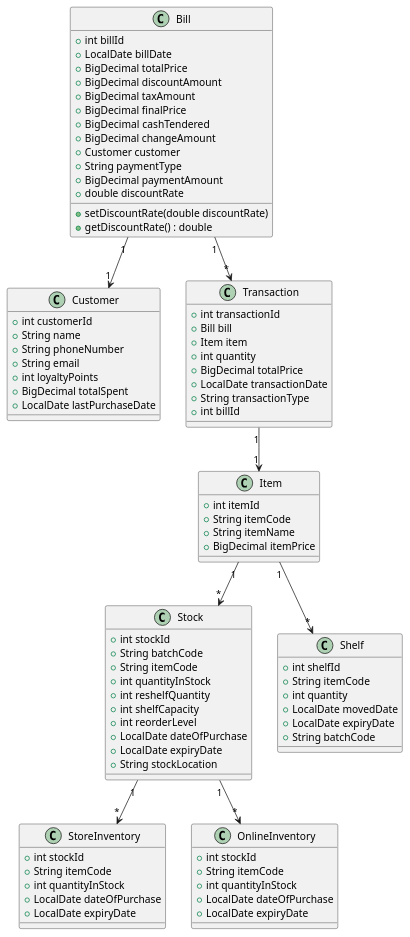
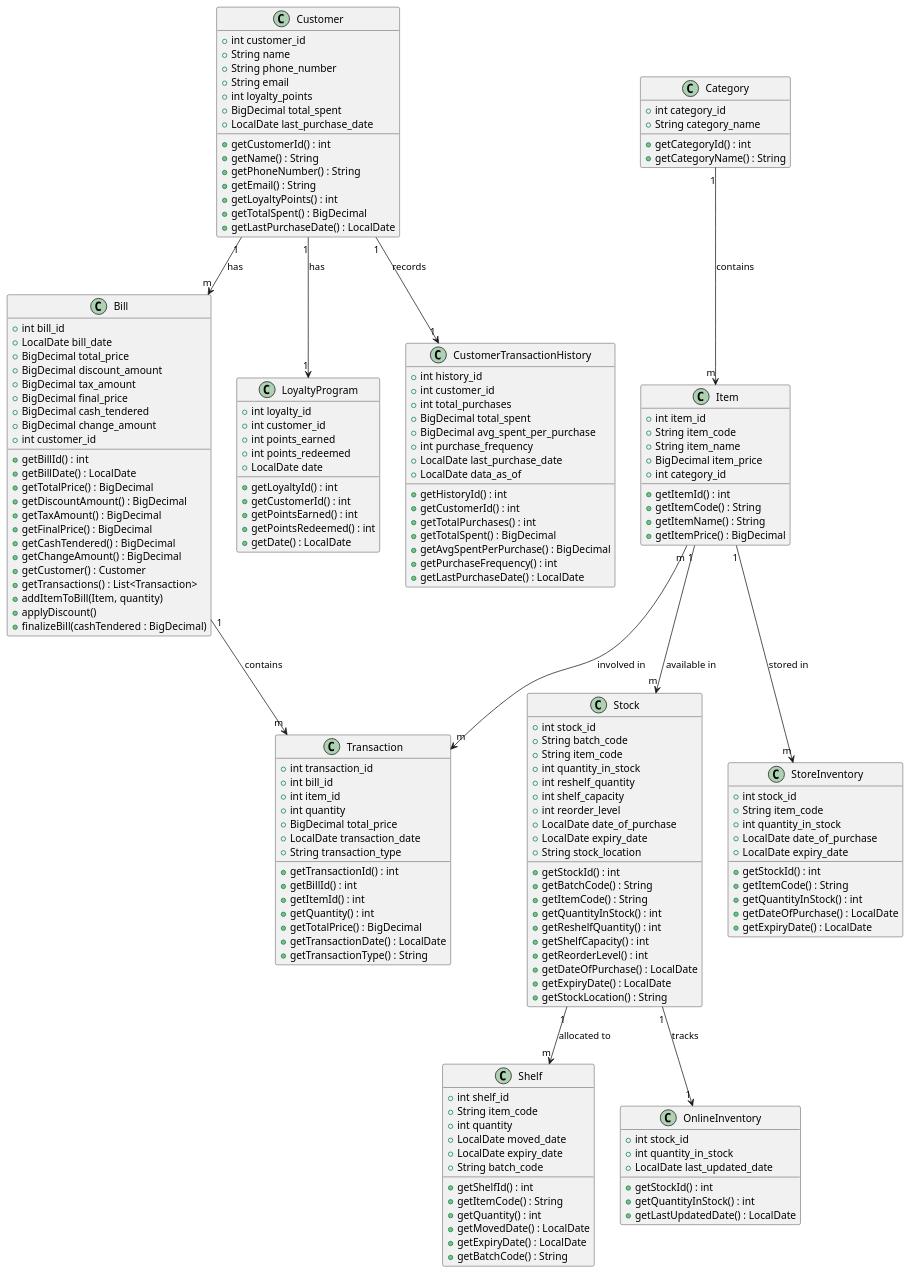
One commit to LaXnZ/syos-pos changed the diagram in src/main/java/diagrams/Class Diagram.puml. Above: the diagram before and after it, drawn with PlantUML. The commit also changed 10 other files, not shown here.

```diff
--- a/src/main/java/diagrams/Class Diagram.puml
+++ b/src/main/java/diagrams/Class Diagram.puml
@@ -1,93 +1,194 @@
 @startuml
-class Bill {
-    +int billId
-    +LocalDate billDate
-    +BigDecimal totalPrice
-    +BigDecimal discountAmount
-    +BigDecimal taxAmount
-    +BigDecimal finalPrice
-    +BigDecimal cashTendered
-    +BigDecimal changeAmount
-    +Customer customer
-    +String paymentType
-    +BigDecimal paymentAmount
-    +double discountRate
-    +setDiscountRate(double discountRate)
-    +getDiscountRate() : double
+
+class Customer {
+    +int customer_id
+    +String name
+    +String phone_number
+    +String email
+    +int loyalty_points
+    +BigDecimal total_spent
+    +LocalDate last_purchase_date
+
+    +getCustomerId() : int
+    +getName() : String
+    +getPhoneNumber() : String
+    +getEmail() : String
+    +getLoyaltyPoints() : int
+    +getTotalSpent() : BigDecimal
+    +getLastPurchaseDate() : LocalDate
 }
 
-class Customer {
-    +int customerId
-    +String name
-    +String phoneNumber
-    +String email
-    +int loyaltyPoints
-    +BigDecimal totalSpent
-    +LocalDate lastPurchaseDate
+class Category {
+    +int category_id
+    +String category_name
+
+    +getCategoryId() : int
+    +getCategoryName() : String
 }
 
 class Item {
-    +int itemId
-    +String itemCode
-    +String itemName
-    +BigDecimal itemPrice
+    +int item_id
+    +String item_code
+    +String item_name
+    +BigDecimal item_price
+    +int category_id
+
+    +getItemId() : int
+    +getItemCode() : String
+    +getItemName() : String
+    +getItemPrice() : BigDecimal
+}
+
+class Bill {
+    +int bill_id
+    +LocalDate bill_date
+    +BigDecimal total_price
+    +BigDecimal discount_amount
+    +BigDecimal tax_amount
+    +BigDecimal final_price
+    +BigDecimal cash_tendered
+    +BigDecimal change_amount
+    +int customer_id
+
+    +getBillId() : int
+    +getBillDate() : LocalDate
+    +getTotalPrice() : BigDecimal
+    +getDiscountAmount() : BigDecimal
+    +getTaxAmount() : BigDecimal
+    +getFinalPrice() : BigDecimal
+    +getCashTendered() : BigDecimal
+    +getChangeAmount() : BigDecimal
+    +getCustomer() : Customer
+    +getTransactions() : List<Transaction>
+    +addItemToBill(Item, quantity)
+    +applyDiscount()
+    +finalizeBill(cashTendered : BigDecimal)
 }
 
 class Transaction {
-    +int transactionId
-    +Bill bill
-    +Item item
+    +int transaction_id
+    +int bill_id
+    +int item_id
     +int quantity
-    +BigDecimal totalPrice
-    +LocalDate transactionDate
-    +String transactionType
-    +int billId
+    +BigDecimal total_price
+    +LocalDate transaction_date
+    +String transaction_type
+
+    +getTransactionId() : int
+    +getBillId() : int
+    +getItemId() : int
+    +getQuantity() : int
+    +getTotalPrice() : BigDecimal
+    +getTransactionDate() : LocalDate
+    +getTransactionType() : String
+}
+
+class LoyaltyProgram {
+    +int loyalty_id
+    +int customer_id
+    +int points_earned
+    +int points_redeemed
+    +LocalDate date
+
+    +getLoyaltyId() : int
+    +getCustomerId() : int
+    +getPointsEarned() : int
+    +getPointsRedeemed() : int
+    +getDate() : LocalDate
+}
+
+class CustomerTransactionHistory {
+    +int history_id
+    +int customer_id
+    +int total_purchases
+    +BigDecimal total_spent
+    +BigDecimal avg_spent_per_purchase
+    +int purchase_frequency
+    +LocalDate last_purchase_date
+    +LocalDate data_as_of
+
+    +getHistoryId() : int
+    +getCustomerId() : int
+    +getTotalPurchases() : int
+    +getTotalSpent() : BigDecimal
+    +getAvgSpentPerPurchase() : BigDecimal
+    +getPurchaseFrequency() : int
+    +getLastPurchaseDate() : LocalDate
 }
 
 class Stock {
-    +int stockId
-    +String batchCode
-    +String itemCode
-    +int quantityInStock
-    +int reshelfQuantity
-    +int shelfCapacity
-    +int reorderLevel
-    +LocalDate dateOfPurchase
-    +LocalDate expiryDate
-    +String stockLocation
+    +int stock_id
+    +String batch_code
+    +String item_code
+    +int quantity_in_stock
+    +int reshelf_quantity
+    +int shelf_capacity
+    +int reorder_level
+    +LocalDate date_of_purchase
+    +LocalDate expiry_date
+    +String stock_location
+
+    +getStockId() : int
+    +getBatchCode() : String
+    +getItemCode() : String
+    +getQuantityInStock() : int
+    +getReshelfQuantity() : int
+    +getShelfCapacity() : int
+    +getReorderLevel() : int
+    +getDateOfPurchase() : LocalDate
+    +getExpiryDate() : LocalDate
+    +getStockLocation() : String
 }
 
 class Shelf {
-    +int shelfId
-    +String itemCode
+    +int shelf_id
+    +String item_code
     +int quantity
-    +LocalDate movedDate
-    +LocalDate expiryDate
-    +String batchCode
+    +LocalDate moved_date
+    +LocalDate expiry_date
+    +String batch_code
+
+    +getShelfId() : int
+    +getItemCode() : String
+    +getQuantity() : int
+    +getMovedDate() : LocalDate
+    +getExpiryDate() : LocalDate
+    +getBatchCode() : String
 }
 
 class StoreInventory {
-    +int stockId
-    +String itemCode
-    +int quantityInStock
-    +LocalDate dateOfPurchase
-    +LocalDate expiryDate
+    +int stock_id
+    +String item_code
+    +int quantity_in_stock
+    +LocalDate date_of_purchase
+    +LocalDate expiry_date
+
+    +getStockId() : int
+    +getItemCode() : String
+    +getQuantityInStock() : int
+    +getDateOfPurchase() : LocalDate
+    +getExpiryDate() : LocalDate
 }
 
 class OnlineInventory {
-    +int stockId
-    +String itemCode
-    +int quantityInStock
-    +LocalDate dateOfPurchase
-    +LocalDate expiryDate
+    +int stock_id
+    +int quantity_in_stock
+    +LocalDate last_updated_date
+
+    +getStockId() : int
+    +getQuantityInStock() : int
+    +getLastUpdatedDate() : LocalDate
 }
 
-Bill "1" --> "*" Transaction
-Bill "1" --> "1" Customer
-Transaction "1" --> "1" Item
-Item "1" --> "*" Shelf
-Item "1" --> "*" Stock
-Stock "1" --> "*" OnlineInventory
-Stock "1" --> "*" StoreInventory
+Customer "1" --> "m" Bill : "has"
+Customer "1" --> "1" LoyaltyProgram : "has"
+Customer "1" --> "1" CustomerTransactionHistory : "records"
+Category "1" --> "m" Item : "contains"
+Bill "1" --> "m" Transaction : "contains"
+Item "m" --> "m" Transaction : "involved in"
+Item "1" --> "m" Stock : "available in"
+Stock "1" --> "m" Shelf : "allocated to"
+Stock "1" --> "1" OnlineInventory : "tracks"
+Item "1" --> "m" StoreInventory : "stored in"
 
 @enduml
```
